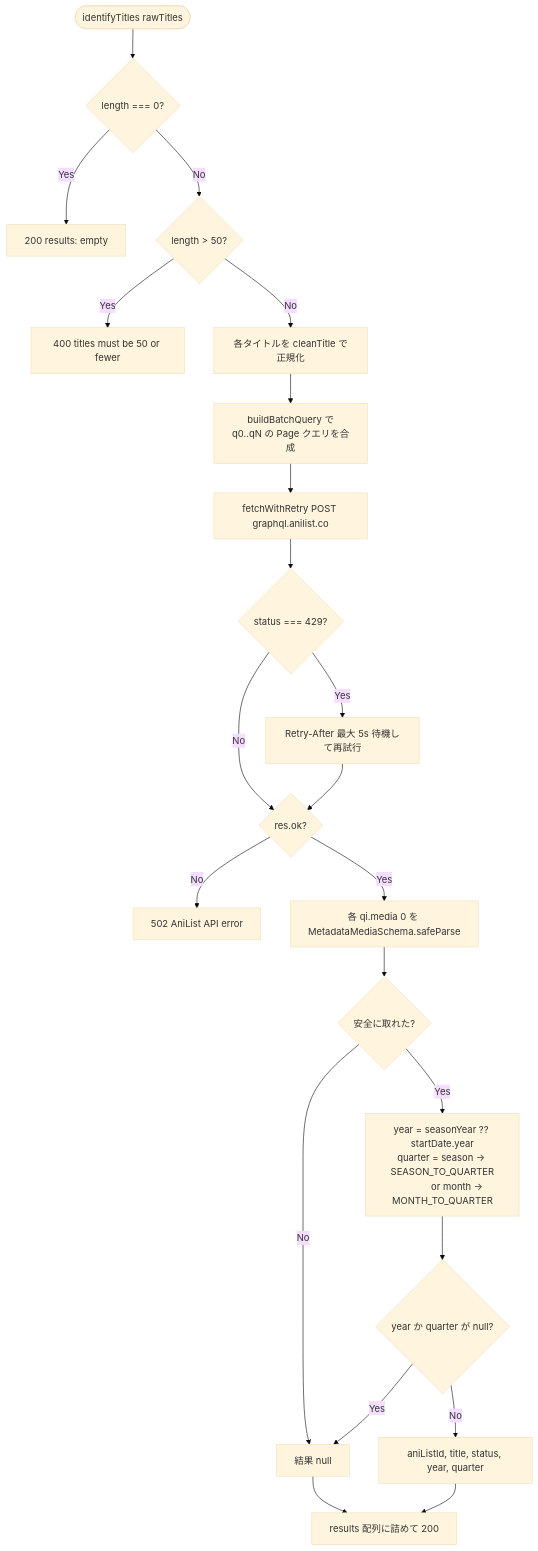
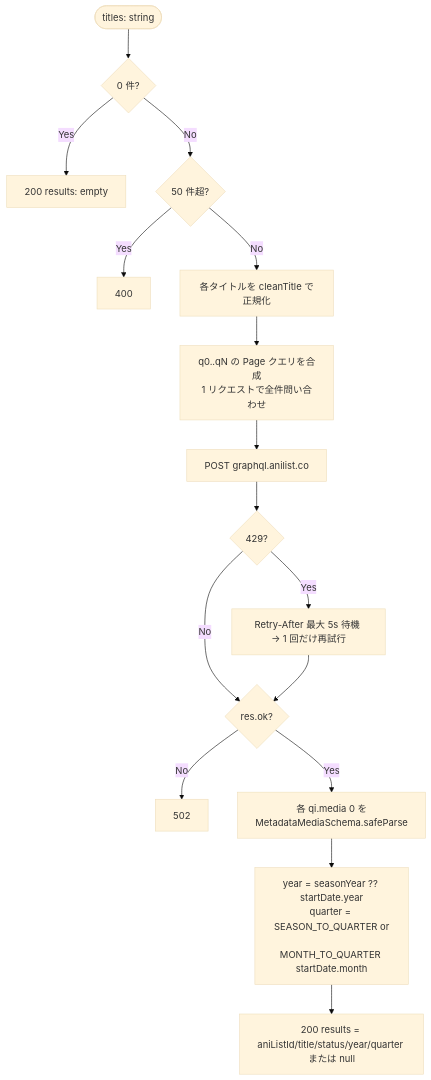
The fifth of 5 diagrams in docs/features/lambda-processing-flow.md (tkgstrator/anime-tracker), drawn with Mermaid (base theme) before and after one commit. The commit also changed other lines of this file, not shown here.

First line of the commit message:
docs(lambda): rework flowchart with endpoint table and trigger map

````diff
--- a/docs/features/lambda-processing-flow.md
+++ b/docs/features/lambda-processing-flow.md
@@ -87,27 +104,20 @@
 ```mermaid
 flowchart TD
-  S([identifyTitles rawTitles]) --> E{length === 0?}
-  E -->|Yes| Empty[200 results: empty]
-  E -->|No| L{length > 50?}
-  L -->|Yes| Over[400 titles must be 50 or fewer]
-  L -->|No| Clean[各タイトルを cleanTitle で正規化]
-  Clean --> Q[buildBatchQuery で<br/>q0..qN の Page クエリを合成]
-  Q --> Req[fetchWithRetry POST graphql.anilist.co]
+  S([titles: string]) --> L{0 件?}
+  L -- Yes --> Empty[200 results: empty]
+  L -- No --> N{50 件超?}
+  N -- Yes --> Over[400]
+  N -- No --> Clean[各タイトルを cleanTitle で正規化]
+  Clean --> Q[q0..qN の Page クエリを合成<br/>1 リクエストで全件問い合わせ]
+  Q --> Req[POST graphql.anilist.co]
 
-  Req --> R429{status === 429?}
-  R429 -->|Yes| Wait[Retry-After 最大 5s 待機して再試行]
-  R429 -->|No| OkCheck{res.ok?}
-  Wait --> OkCheck
-  OkCheck -->|No| Bad[502 AniList API error]
-  OkCheck -->|Yes| Parse[各 qi.media 0 を MetadataMediaSchema.safeParse]
+  Req --> R{429?}
+  R -- Yes --> Wait[Retry-After 最大 5s 待機 → 1 回だけ再試行]
+  R -- No --> Ok{res.ok?}
+  Wait --> Ok
+  Ok -- No --> Bad[502]
+  Ok -- Yes --> Parse[各 qi.media 0 を<br/>MetadataMediaSchema.safeParse]
 
-  Parse --> Loop{安全に取れた?}
-  Loop -->|No| Null[結果 null]
-  Loop -->|Yes| YQ[year = seasonYear ?? startDate.year<br/>quarter = season → SEASON_TO_QUARTER<br/>            or month → MONTH_TO_QUARTER]
-  YQ --> YQv{year か quarter が null?}
-  YQv -->|Yes| Null
-  YQv -->|No| Hit[aniListId, title, status, year, quarter]
-
-  Null --> Out[results 配列に詰めて 200]
-  Hit --> Out
+  Parse --> YQ[year = seasonYear ?? startDate.year<br/>quarter = SEASON_TO_QUARTER or<br/>          MONTH_TO_QUARTER startDate.month]
+  YQ --> R200[200 results = aniListId/title/status/year/quarter または null]
 ```
````
